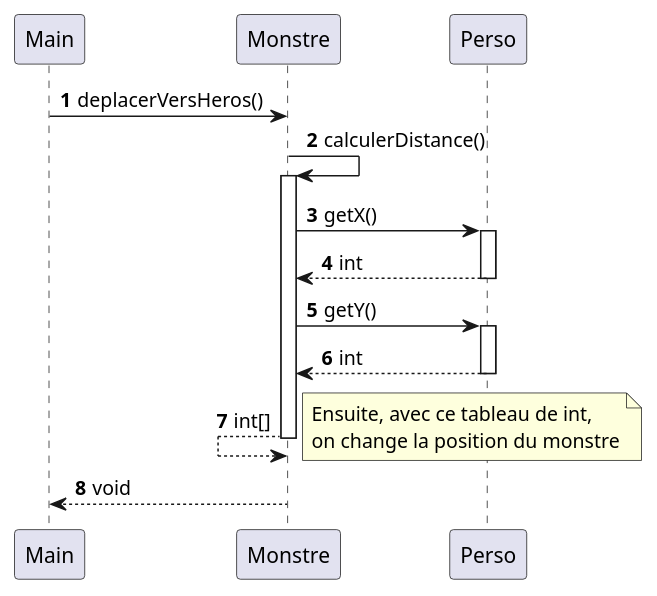
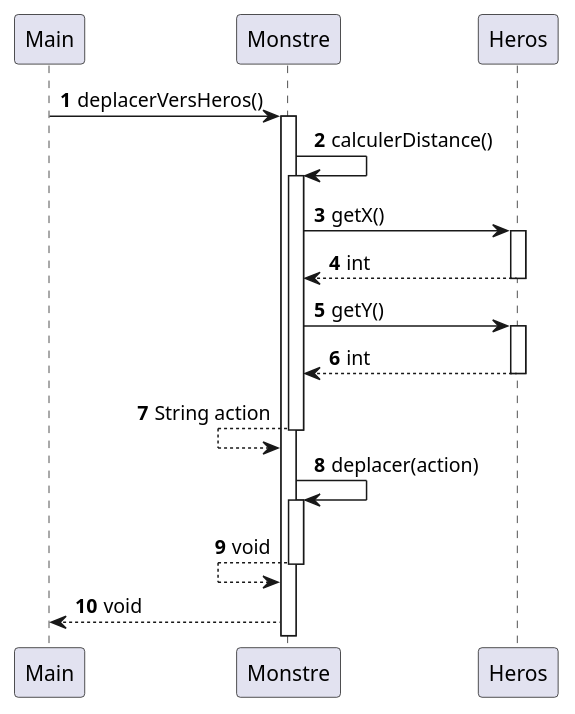
Before and after one commit to crochetremi/2025_Zeldiablo2_e20157u_e82008u_e89209u_e26078u: the diagram in documents/version_3/DS_MonstresAttiresParHeros.puml, drawn with PlantUML.

Commit message:
diagramme de séquence MonstresAttiresParHeros

```diff
--- a/documents/version_3/DS_MonstresAttiresParHeros.puml
+++ b/documents/version_3/DS_MonstresAttiresParHeros.puml
@@ -1,33 +1,36 @@
 @startuml
 'https://plantuml.com/sequence-diagram
 
 autonumber
 
 Main -> Monstre : deplacerVersHeros()
+activate Monstre
+
 
 Monstre -> Monstre : calculerDistance()
 
 
 activate Monstre
 
-Monstre -> Perso : getX()
-activate Perso
-Monstre <-- Perso : int
-deactivate Perso
+Monstre -> Heros : getX()
+activate Heros
+Monstre <-- Heros : int
+deactivate Heros
 
-Monstre -> Perso : getY()
-activate Perso
-Monstre <-- Perso : int
-deactivate Perso
+Monstre -> Heros : getY()
+activate Heros
+Monstre <-- Heros : int
+deactivate Heros
 
-Monstre <-- Monstre : int[]
+Monstre <-- Monstre : String action
 deactivate Monstre
 
-note right
-Ensuite, avec ce tableau de int,
-on change la position du monstre
-end note
+Monstre -> Monstre: deplacer(action)
+activate Monstre
+Monstre <-- Monstre: void
+
+deactivate Monstre
 
 Main <-- Monstre : void
 
 @enduml
```
